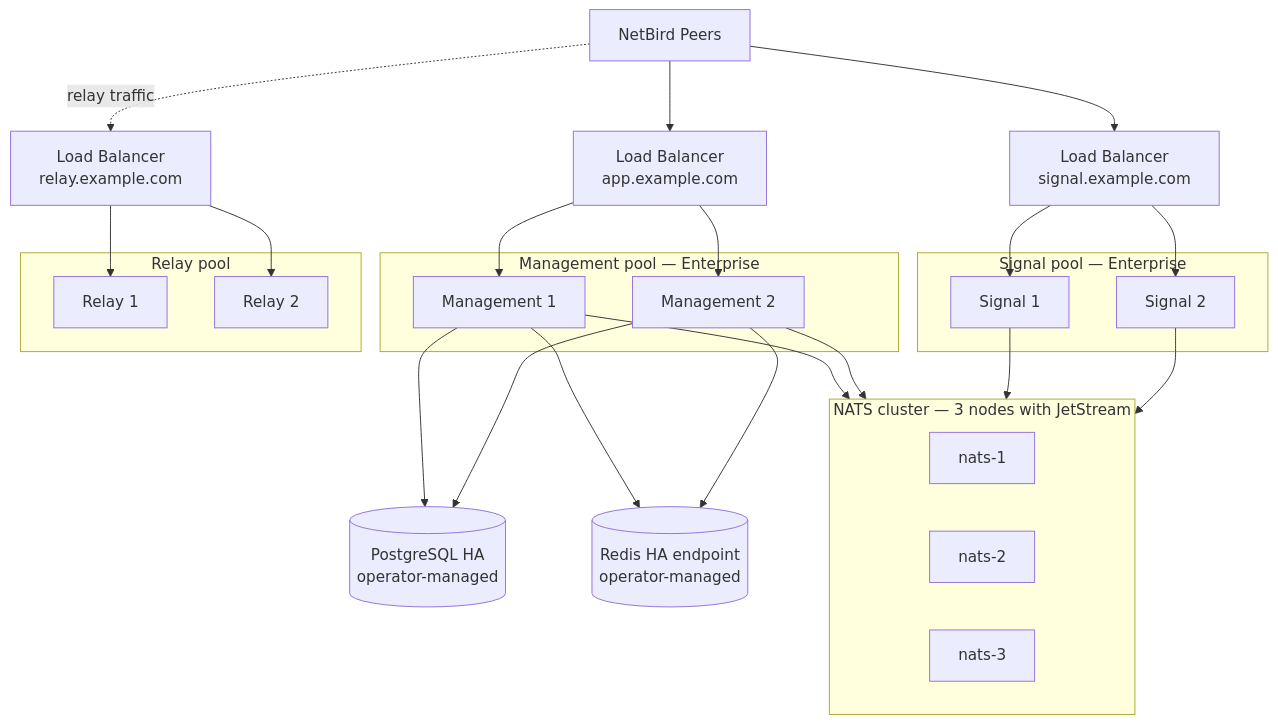
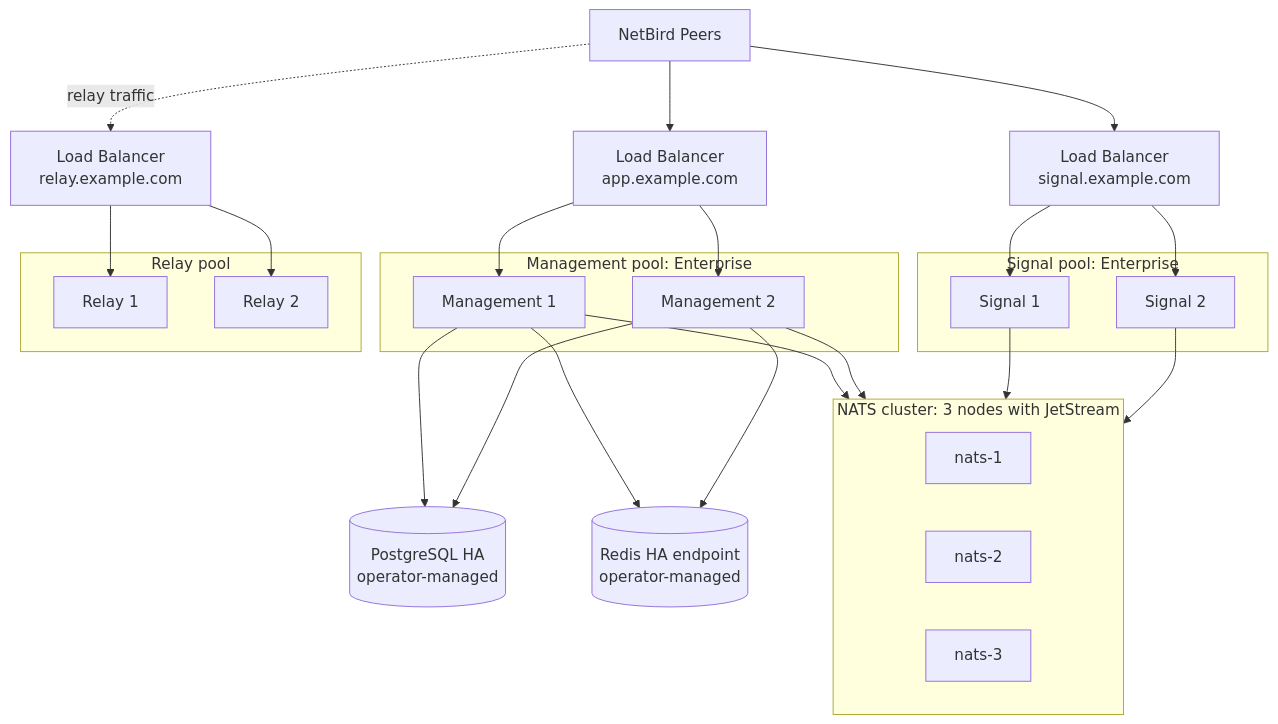
The diagram in src/pages/selfhosted/maintenance/scaling/high-availability.mdx (netbirdio/docs), drawn with Mermaid before and after one commit. The commit also changed other lines of this file, not shown here.

````diff
--- a/src/pages/selfhosted/maintenance/scaling/high-availability.mdx
+++ b/src/pages/selfhosted/maintenance/scaling/high-availability.mdx
@@ -30,45 +68,45 @@
 ```mermaid
 flowchart TB
     Peers[NetBird Peers]
 
     LBM[Load Balancer<br/>app.example.com]
     LBS[Load Balancer<br/>signal.example.com]
     LBR[Load Balancer<br/>relay.example.com]
 
-    subgraph Mgmt[Management pool — Enterprise]
+    subgraph Mgmt[Management pool: Enterprise]
         M1[Management 1]
         M2[Management 2]
     end
 
-    subgraph Sig[Signal pool — Enterprise]
+    subgraph Sig[Signal pool: Enterprise]
         S1[Signal 1]
         S2[Signal 2]
     end
 
     subgraph Rel[Relay pool]
         R1[Relay 1]
         R2[Relay 2]
     end
 
-    subgraph NATSC[NATS cluster — 3 nodes with JetStream]
+    subgraph NATSC[NATS cluster: 3 nodes with JetStream]
         N1[nats-1]
         N2[nats-2]
         N3[nats-3]
     end
 
     PG[(PostgreSQL HA<br/>operator-managed)]
     RD[(Redis HA endpoint<br/>operator-managed)]
 
     Peers --> LBM
     Peers --> LBS
     Peers -.->|relay traffic| LBR
 
     LBM --> M1 & M2
     LBS --> S1 & S2
     LBR --> R1 & R2
 
     M1 & M2 --> PG
     M1 & M2 --> RD
     M1 & M2 --> NATSC
     S1 & S2 --> NATSC
 ```
````
